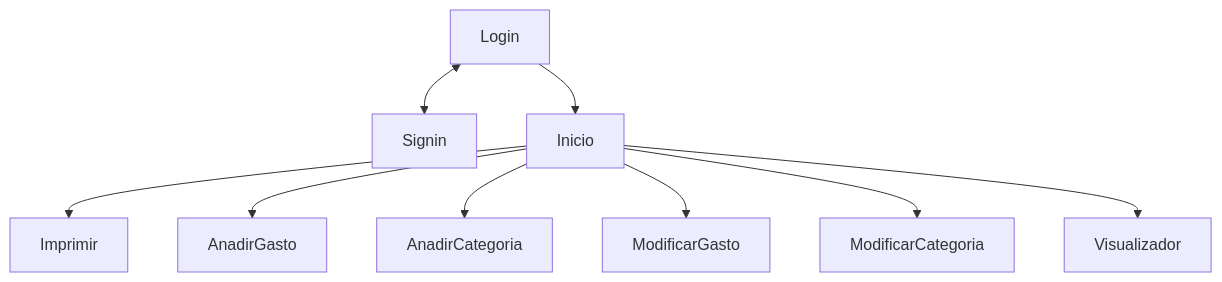
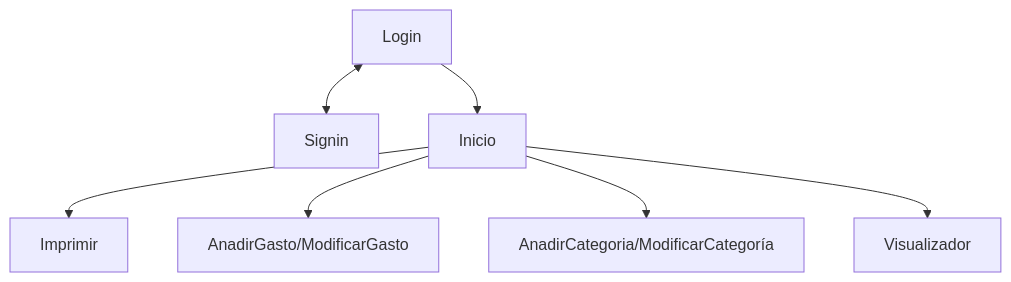
One commit to albvalort/proyectoIPC changed the diagram in README.md. Above: the diagram before and after it, drawn with Mermaid.

Commit message:
Cambio arbol añadir/modificar gasto y añadir/modificar categoría

````diff
--- a/README.md
+++ b/README.md
@@ -40,11 +40,9 @@
 ```mermaid
 graph TD;
     Login <--> Signin;
     Login --> Inicio;
     Inicio --> Imprimir;
-    Inicio --> AnadirGasto;
-    Inicio --> AnadirCategoria;
-    Inicio --> ModificarGasto;
-    Inicio --> ModificarCategoria;
+    Inicio --> AnadirGasto/ModificarGasto;
+    Inicio --> AnadirCategoria/ModificarCategoría;
     Inicio --> Visualizador;
 ```
````
